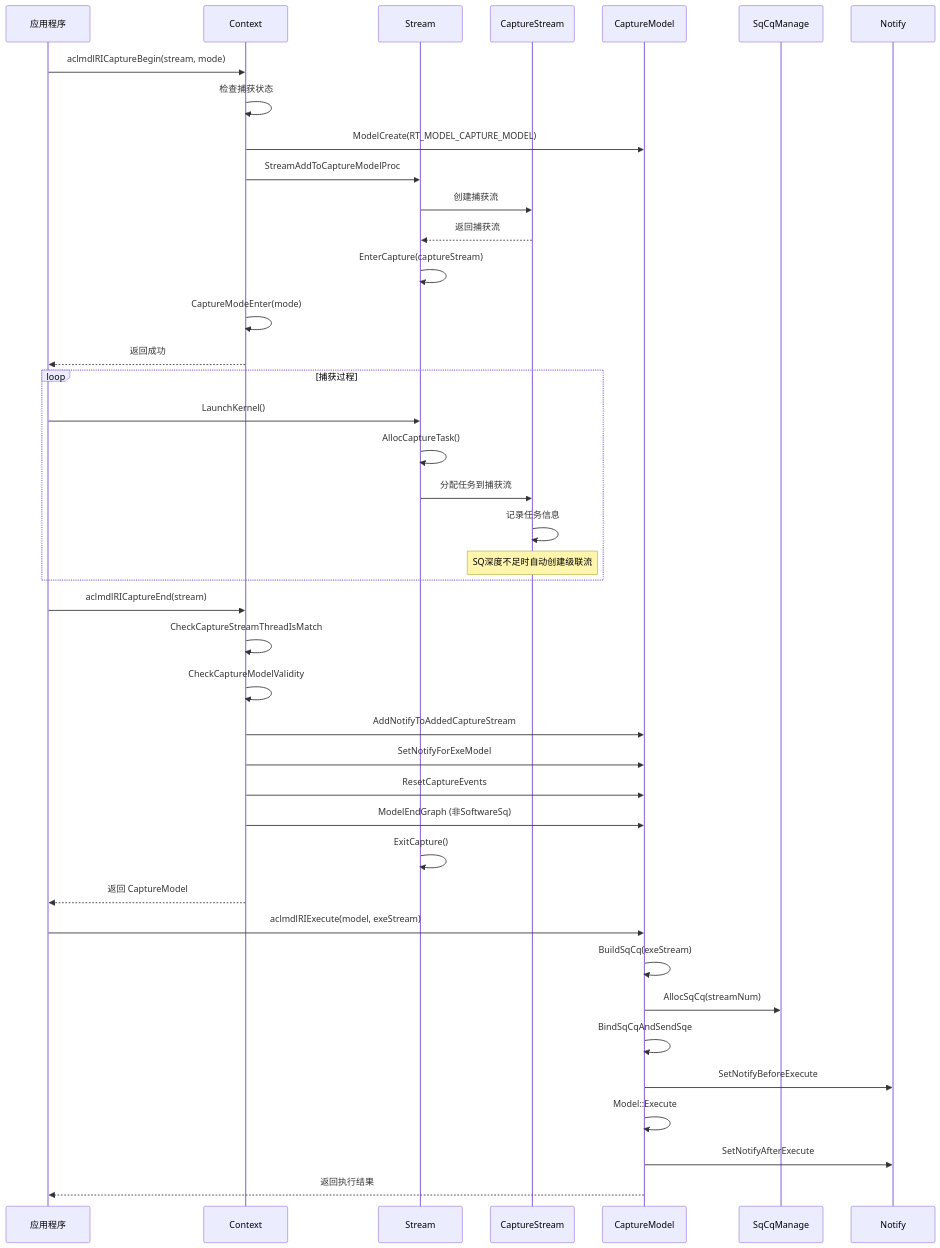
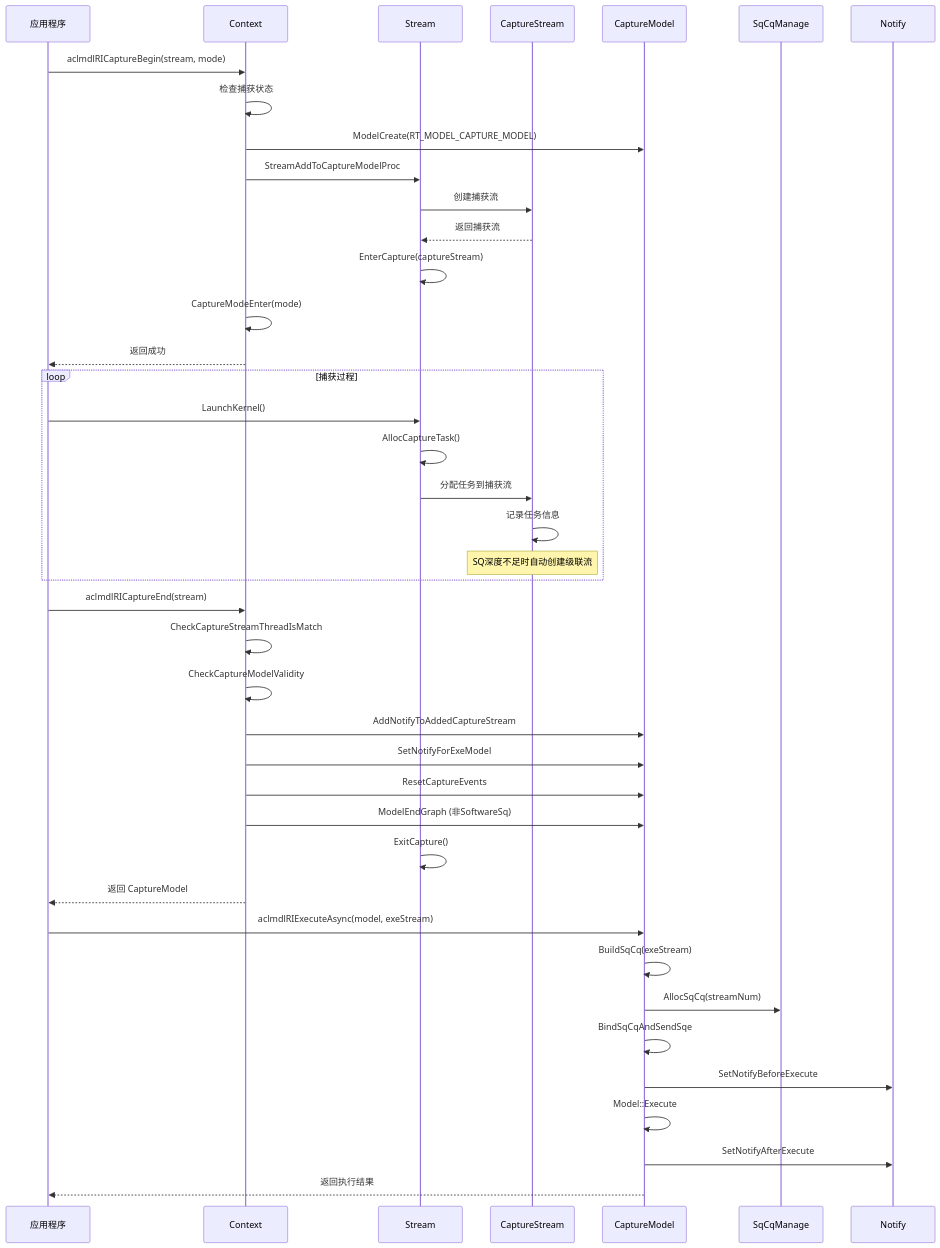
The second of 15 diagrams in docs/design/features/aclgraph.md (18liumin/runtime), drawn with Mermaid before and after one commit. The commit also changed other lines of this file and 1 other file, not shown here.

First line of the commit message:
【PR】: aclmdlRIExecute接口资料修改

````diff
--- a/docs/design/features/aclgraph.md
+++ b/docs/design/features/aclgraph.md
@@ -262,47 +261,47 @@
 ```mermaid
 sequenceDiagram
     participant App as 应用程序
     participant Context as Context
     participant Stream as Stream
     participant CaptureStream as CaptureStream
     participant CaptureModel as CaptureModel
     participant SqCq as SqCqManage
     participant Notify as Notify
 
     App->>Context: aclmdlRICaptureBegin(stream, mode)
     Context->>Context: 检查捕获状态
     Context->>CaptureModel: ModelCreate(RT_MODEL_CAPTURE_MODEL)
     Context->>Stream: StreamAddToCaptureModelProc
     Stream->>CaptureStream: 创建捕获流
     CaptureStream-->>Stream: 返回捕获流
     Stream->>Stream: EnterCapture(captureStream)
     Context->>Context: CaptureModeEnter(mode)
     Context-->>App: 返回成功
 
     loop 捕获过程
         App->>Stream: LaunchKernel()
         Stream->>Stream: AllocCaptureTask()
         Stream->>CaptureStream: 分配任务到捕获流
         CaptureStream->>CaptureStream: 记录任务信息
         Note over CaptureStream: SQ深度不足时自动创建级联流
     end
 
     App->>Context: aclmdlRICaptureEnd(stream)
     Context->>Context: CheckCaptureStreamThreadIsMatch
     Context->>Context: CheckCaptureModelValidity
     Context->>CaptureModel: AddNotifyToAddedCaptureStream
     Context->>CaptureModel: SetNotifyForExeModel
     Context->>CaptureModel: ResetCaptureEvents
     Context->>CaptureModel: ModelEndGraph (非SoftwareSq)
     Stream->>Stream: ExitCapture()
     Context-->>App: 返回 CaptureModel
 
-    App->>CaptureModel: aclmdlRIExecute(model, exeStream)
+    App->>CaptureModel: aclmdlRIExecuteAsync(model, exeStream)
     CaptureModel->>CaptureModel: BuildSqCq(exeStream)
     CaptureModel->>SqCq: AllocSqCq(streamNum)
     CaptureModel->>CaptureModel: BindSqCqAndSendSqe
     CaptureModel->>Notify: SetNotifyBeforeExecute
     CaptureModel->>CaptureModel: Model::Execute
     CaptureModel->>Notify: SetNotifyAfterExecute
     CaptureModel-->>App: 返回执行结果
 ```
````
